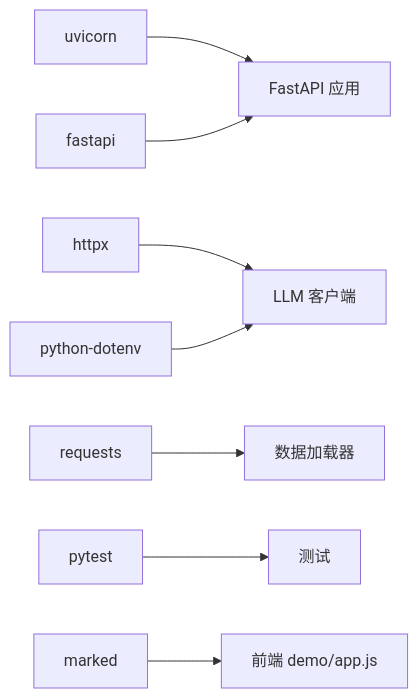
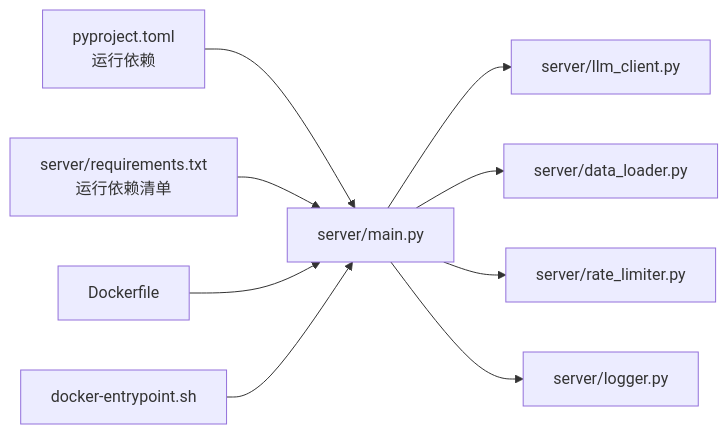
Before and after one commit to kanoha222/Laplace: the third of 3 diagrams in .qoder/repowiki/zh/content/快速开始.md, drawn with Mermaid. The commit also changed other lines of this file and 56 other files, not shown here.

````diff
--- a/.qoder/repowiki/zh/content/快速开始.md
+++ b/.qoder/repowiki/zh/content/快速开始.md
@@ -343,10 +212,11 @@
 ```mermaid
 graph LR
-UV["uvicorn"] --> APP["FastAPI 应用"]
-FA["fastapi"] --> APP
-HT["httpx"] --> LLM["LLM 客户端"]
-DN["python-dotenv"] --> LLM
-RE["requests"] --> DL["数据加载器"]
-PY["pytest"] --> TEST["测试"]
-MK["marked"] --> FE["前端 demo/app.js"]
+P["pyproject.toml<br/>运行依赖"] --> M["server/main.py"]
+R["server/requirements.txt<br/>运行依赖清单"] --> M
+D["Dockerfile"] --> M
+E["docker-entrypoint.sh"] --> M
+M --> L["server/llm_client.py"]
+M --> DL["server/data_loader.py"]
+M --> RL["server/rate_limiter.py"]
+M --> LG["server/logger.py"]
 ```
````
